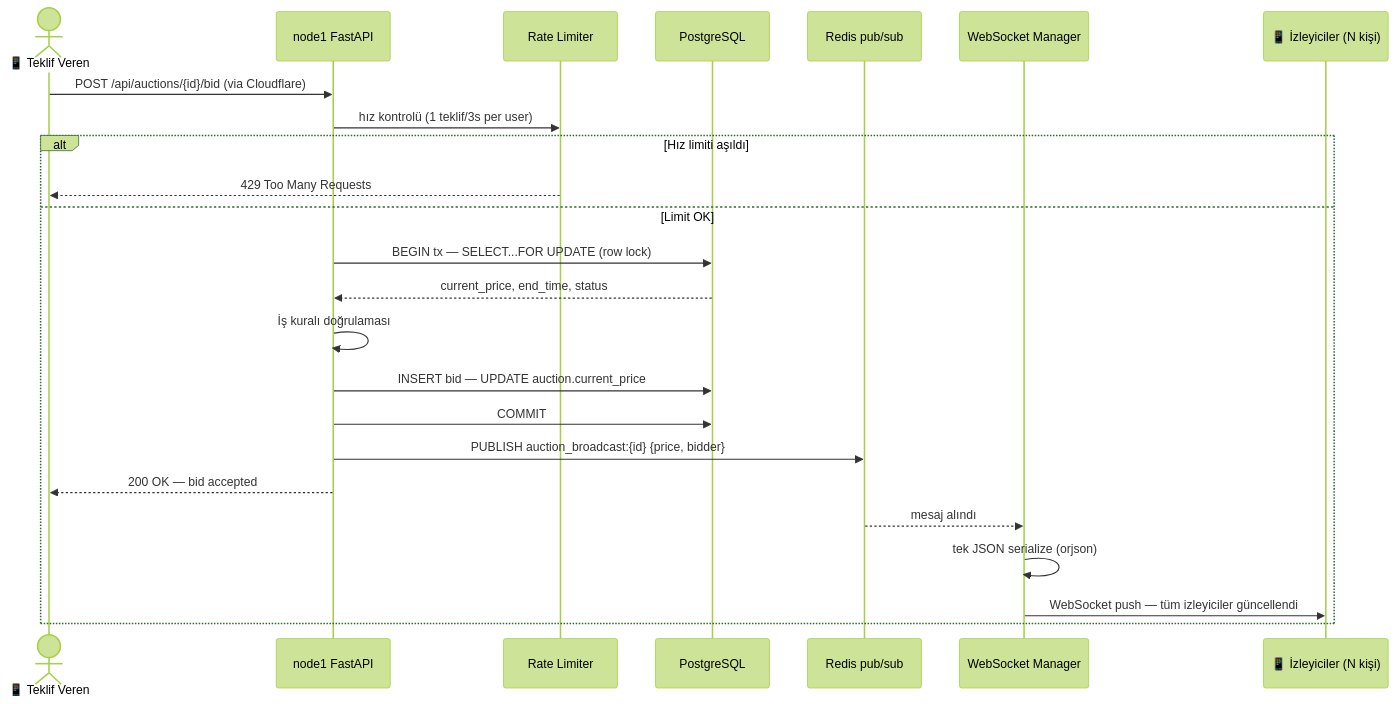
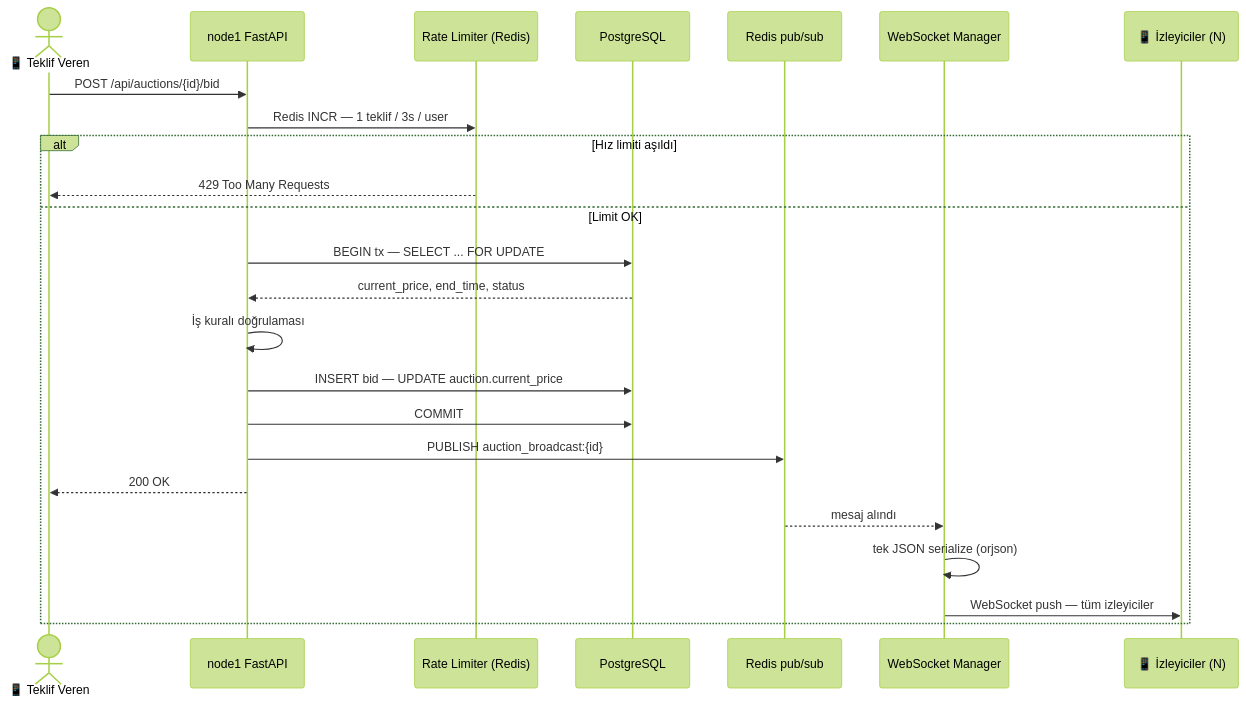
One commit to tucibeyin/teqlif changed the fifth of 12 diagrams in README.md. Above: the diagram before and after it, drawn with Mermaid (forest theme). The commit also changed other lines of this file, not shown here.

````diff
--- a/README.md
+++ b/README.md
@@ -233,27 +316,27 @@
 ```mermaid
 sequenceDiagram
     actor Bidder as 📱 Teklif Veren
     participant API as node1 FastAPI
-    participant DEF as Rate Limiter
+    participant LIM as Rate Limiter (Redis)
     participant PG as PostgreSQL
     participant RD as Redis pub/sub
     participant WS as WebSocket Manager
-    participant Viewers as 📱 İzleyiciler (N kişi)
+    participant Viewers as 📱 İzleyiciler (N)
 
-    Bidder->>API: POST /api/auctions/{id}/bid (via Cloudflare)
-    API->>DEF: hız kontrolü (1 teklif/3s per user)
+    Bidder->>API: POST /api/auctions/{id}/bid
+    API->>LIM: Redis INCR — 1 teklif / 3s / user
     alt Hız limiti aşıldı
-        DEF-->>Bidder: 429 Too Many Requests
+        LIM-->>Bidder: 429 Too Many Requests
     else Limit OK
-        API->>PG: BEGIN tx — SELECT...FOR UPDATE (row lock)
+        API->>PG: BEGIN tx — SELECT ... FOR UPDATE
         PG-->>API: current_price, end_time, status
         API->>API: İş kuralı doğrulaması
         API->>PG: INSERT bid — UPDATE auction.current_price
         API->>PG: COMMIT
-        API->>RD: PUBLISH auction_broadcast:{id} {price, bidder}
-        API-->>Bidder: 200 OK — bid accepted
+        API->>RD: PUBLISH auction_broadcast:{id}
+        API-->>Bidder: 200 OK
         RD-->>WS: mesaj alındı
         WS->>WS: tek JSON serialize (orjson)
-        WS->>Viewers: WebSocket push — tüm izleyiciler güncellendi
+        WS->>Viewers: WebSocket push — tüm izleyiciler
     end
 ```
````
